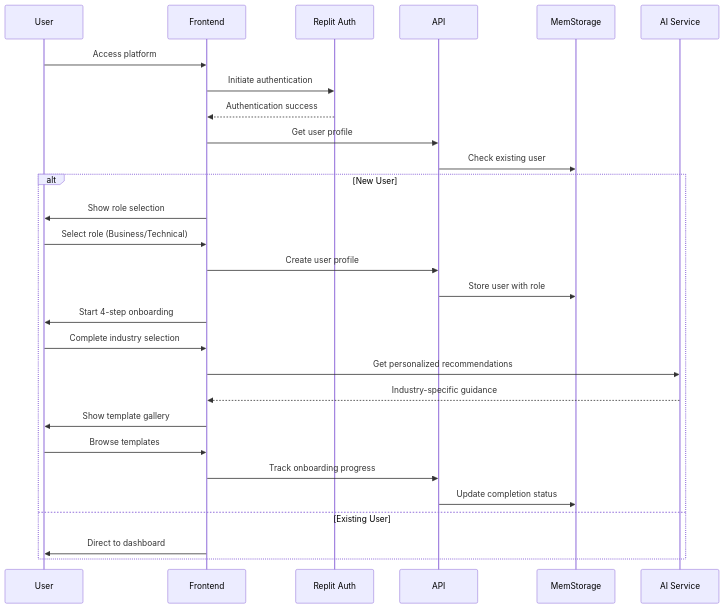
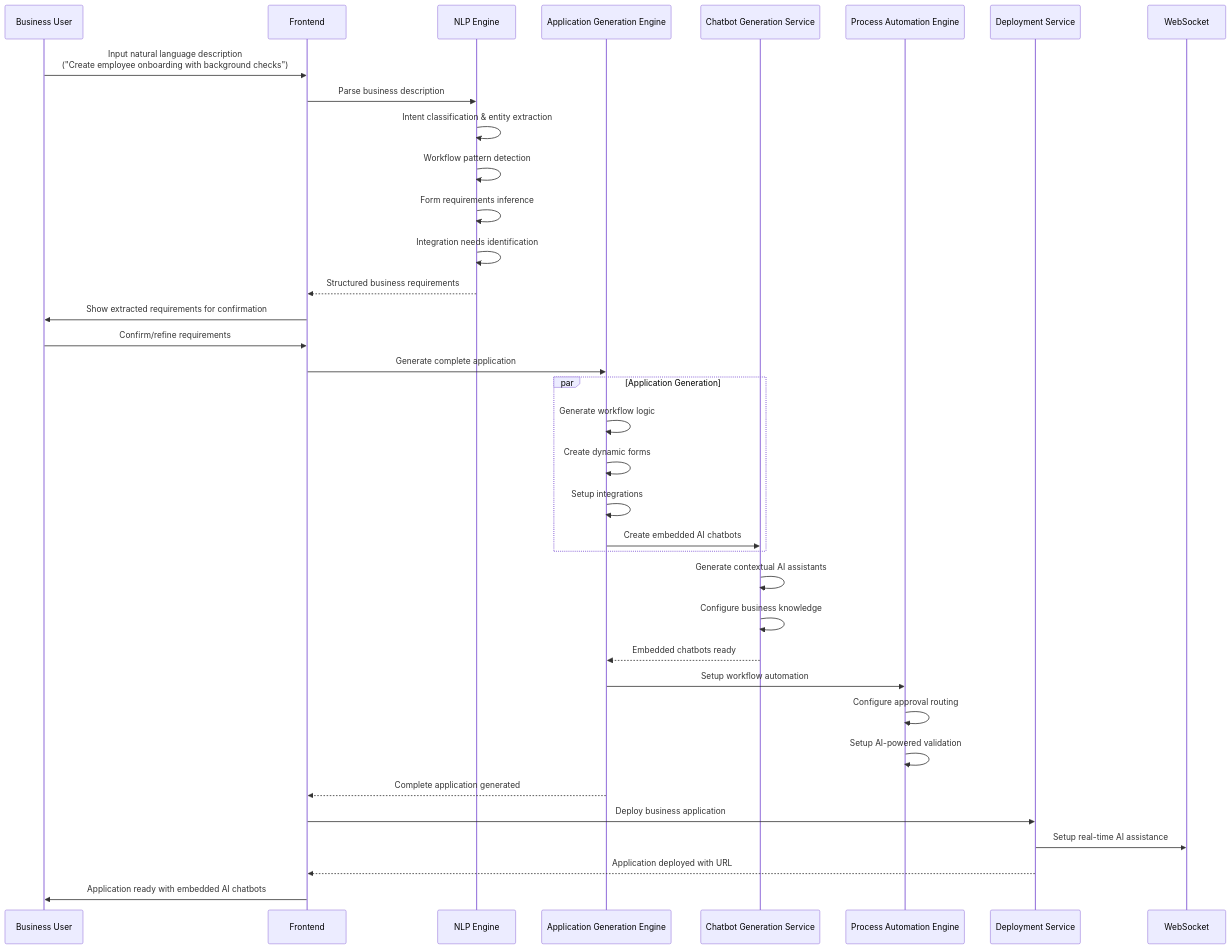
The fourth of 6 diagrams in docs/architecture.md (BradleyFestraets/Natural-Language-Business-Application-Generator), drawn with Mermaid before and after one commit. The commit also changed other lines of this file and 2 other files, not shown here.

First line of the commit message:
Update platform to generate business applications from natural language

````diff
--- a/docs/architecture.md
+++ b/docs/architecture.md
@@ -371,34 +840,47 @@
 ```mermaid
 sequenceDiagram
-    participant User
+    participant User as Business User
     participant Frontend
-    participant Auth as Replit Auth
-    participant API
-    participant MemStorage
-    participant AI as AI Service
+    participant NLPEngine as NLP Engine
+    participant AppGenEngine as Application Generation Engine
+    participant ChatbotGen as Chatbot Generation Service
+    participant ProcessEngine as Process Automation Engine
+    participant Deployment as Deployment Service
+    participant WebSocket
 
-    User->>Frontend: Access platform
-    Frontend->>Auth: Initiate authentication
-    Auth-->>Frontend: Authentication success
-    Frontend->>API: Get user profile
-    API->>MemStorage: Check existing user
+    User->>Frontend: Input natural language description<br/>("Create employee onboarding with background checks")
+    Frontend->>NLPEngine: Parse business description
     
-    alt New User
-        Frontend->>User: Show role selection
-        User->>Frontend: Select role (Business/Technical)
-        Frontend->>API: Create user profile
-        API->>MemStorage: Store user with role
-        
-        Frontend->>User: Start 4-step onboarding
-        User->>Frontend: Complete industry selection
-        Frontend->>AI: Get personalized recommendations
-        AI-->>Frontend: Industry-specific guidance
-        
-        Frontend->>User: Show template gallery
-        User->>Frontend: Browse templates
-        Frontend->>API: Track onboarding progress
-        API->>MemStorage: Update completion status
-    else Existing User
-        Frontend->>User: Direct to dashboard
+    NLPEngine->>NLPEngine: Intent classification & entity extraction
+    NLPEngine->>NLPEngine: Workflow pattern detection
+    NLPEngine->>NLPEngine: Form requirements inference
+    NLPEngine->>NLPEngine: Integration needs identification
+    NLPEngine-->>Frontend: Structured business requirements
+    
+    Frontend->>User: Show extracted requirements for confirmation
+    User->>Frontend: Confirm/refine requirements
+    
+    Frontend->>AppGenEngine: Generate complete application
+    
+    par Application Generation
+        AppGenEngine->>AppGenEngine: Generate workflow logic
+        AppGenEngine->>AppGenEngine: Create dynamic forms
+        AppGenEngine->>AppGenEngine: Setup integrations
+        AppGenEngine->>ChatbotGen: Create embedded AI chatbots
     end
+    
+    ChatbotGen->>ChatbotGen: Generate contextual AI assistants
+    ChatbotGen->>ChatbotGen: Configure business knowledge
+    ChatbotGen-->>AppGenEngine: Embedded chatbots ready
+    
+    AppGenEngine->>ProcessEngine: Setup workflow automation
+    ProcessEngine->>ProcessEngine: Configure approval routing
+    ProcessEngine->>ProcessEngine: Setup AI-powered validation
+    
+    AppGenEngine-->>Frontend: Complete application generated
+    Frontend->>Deployment: Deploy business application
+    Deployment->>WebSocket: Setup real-time AI assistance
+    Deployment-->>Frontend: Application deployed with URL
+    
+    Frontend->>User: Application ready with embedded AI chatbots
 ```
````
